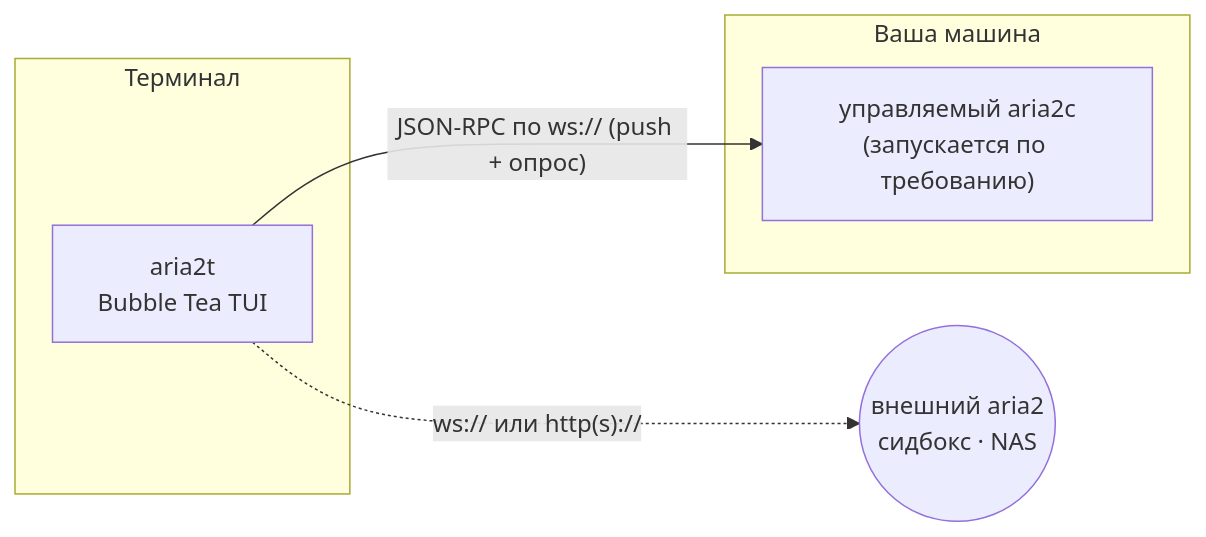
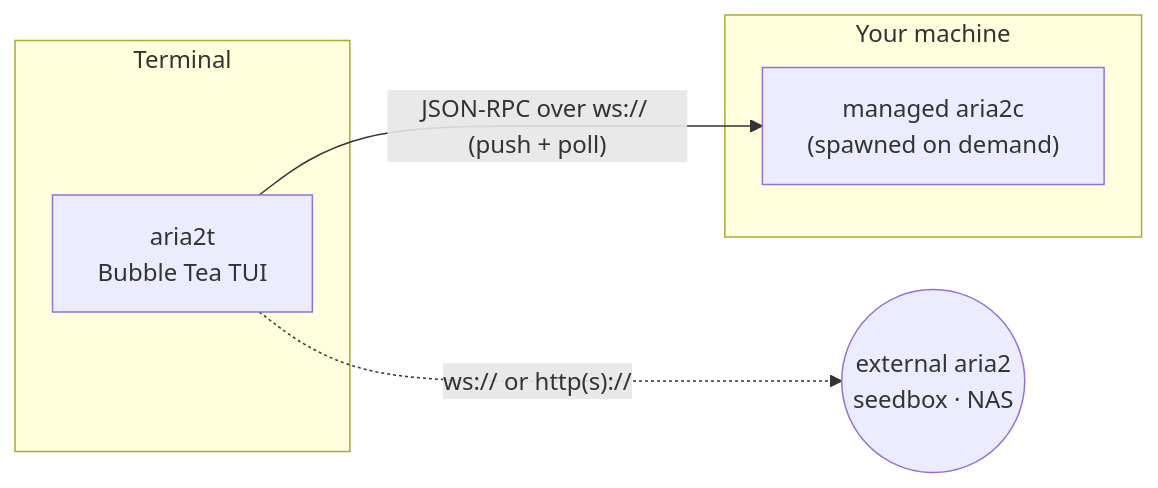
The diagram in README.ru.md (c0nn3ct-info/aria2t), drawn with Mermaid before and after one commit. The commit also changed other lines of this file and 5 other files, not shown here.

````diff
--- a/README.ru.md
+++ b/README.ru.md
@@ -42,13 +29,13 @@
 ```mermaid
 flowchart LR
-    subgraph Терминал
+    subgraph Terminal
       UI["aria2t<br/>Bubble Tea TUI"]
     end
-    subgraph Machine["Ваша машина"]
-      D["управляемый aria2c<br/>(запускается по требованию)"]
+    subgraph Machine["Your machine"]
+      D["managed aria2c<br/>(spawned on demand)"]
     end
-    R(("внешний aria2<br/>сидбокс · NAS"))
+    R(("external aria2<br/>seedbox · NAS"))
 
-    UI -- "JSON-RPC по ws:// (push + опрос)" --> D
-    UI -. "ws:// или http(s)://" .-> R
+    UI -- "JSON-RPC over ws:// (push + poll)" --> D
+    UI -. "ws:// or http(s)://" .-> R
 ```
````
